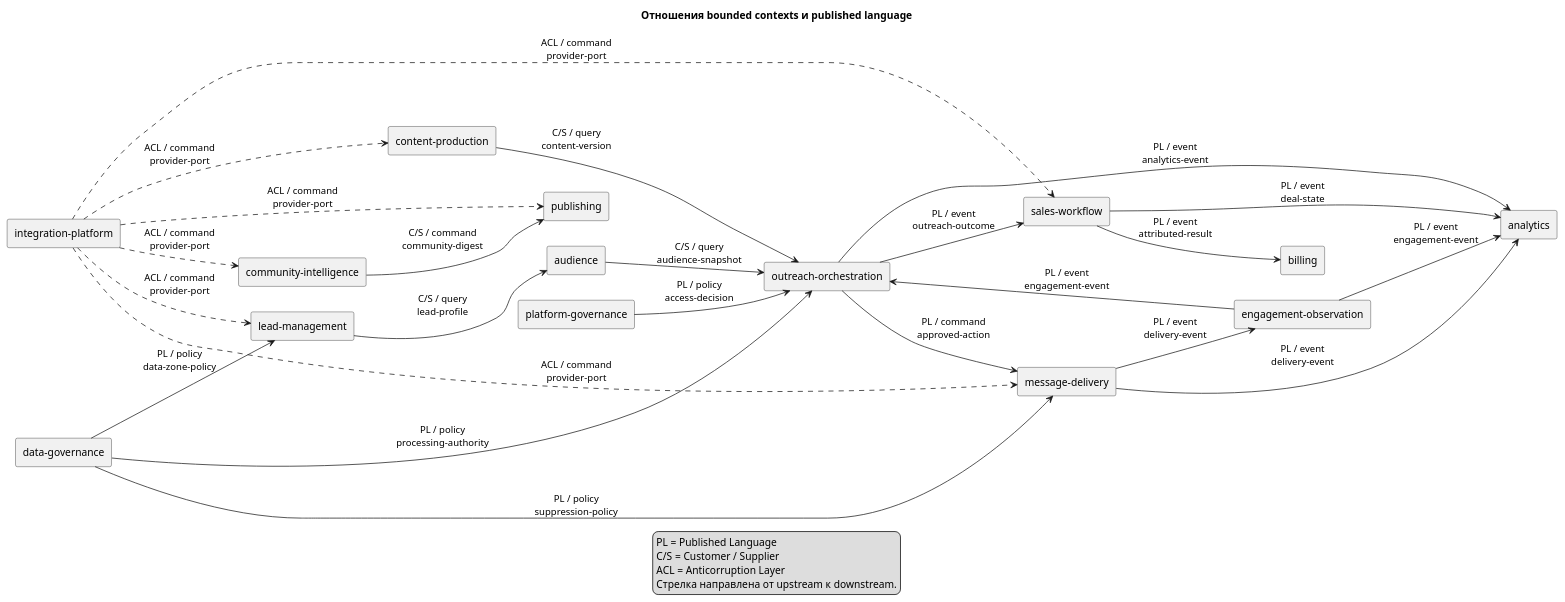
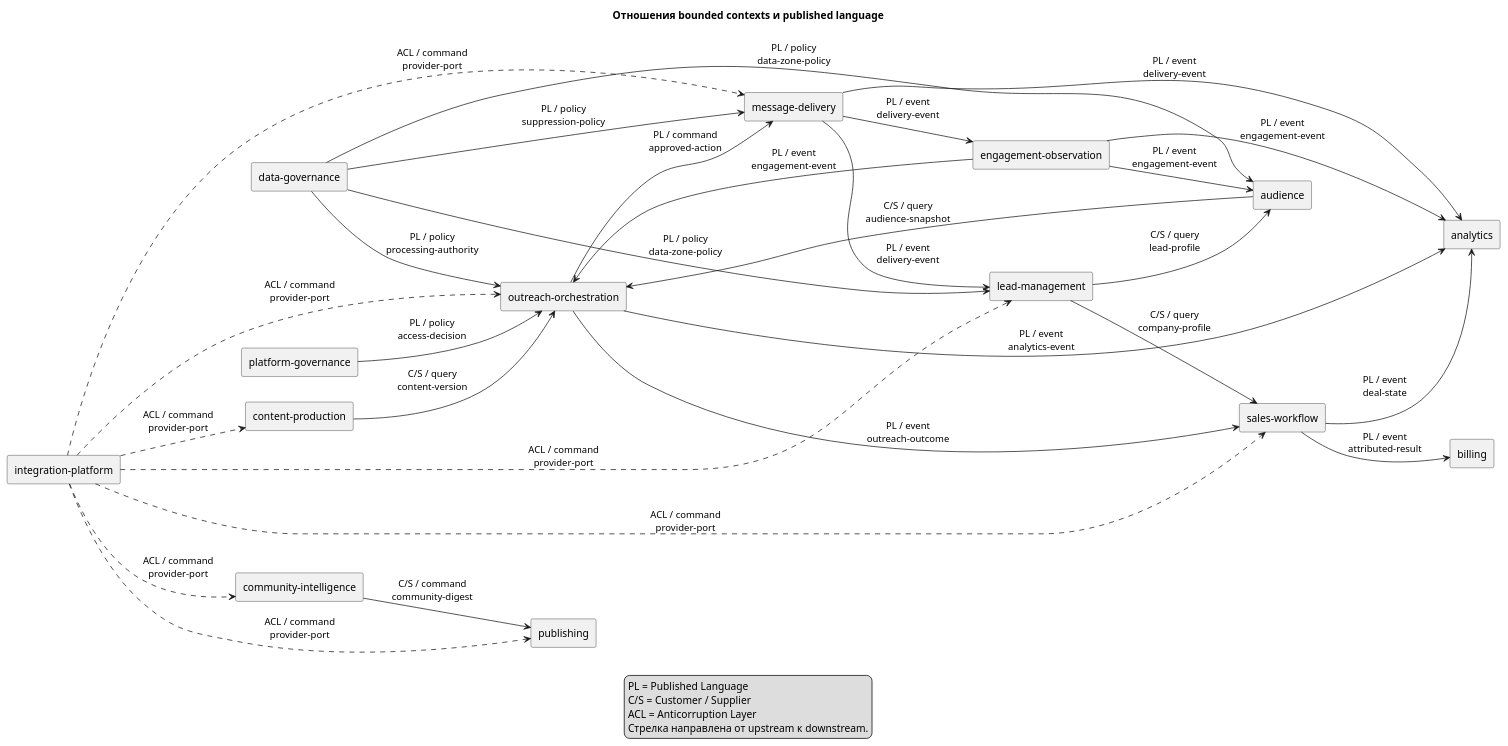
One commit to kegazani/lead-gen changed the diagram in architecture/diagrams/context-relationships.puml. Above: the diagram before and after it, drawn with PlantUML. The commit also changed 49 other files, not shown here.

```diff
--- a/architecture/diagrams/context-relationships.puml
+++ b/architecture/diagrams/context-relationships.puml
@@ -1,68 +1,73 @@
 @startuml context-relationships
 title Отношения bounded contexts и published language
 left to right direction
 skinparam componentStyle rectangle
 skinparam shadowing false
 
 rectangle "platform-governance" as Platform
 rectangle "data-governance" as Governance
 rectangle "lead-management" as Leads
 rectangle "audience" as Audience
 rectangle "content-production" as Content
 rectangle "outreach-orchestration" as Outreach
 rectangle "message-delivery" as Delivery
 rectangle "engagement-observation" as Engagement
 rectangle "sales-workflow" as Sales
 rectangle "community-intelligence" as Community
 rectangle "publishing" as Publishing
 rectangle "analytics" as Analytics
 rectangle "billing" as Billing
 rectangle "integration-platform" as Integration
 
 Governance --> Leads : PL / policy\ndata-zone-policy
 Governance --> Outreach : PL / policy\nprocessing-authority
 Governance --> Delivery : PL / policy\nsuppression-policy
+Governance --> Audience : PL / policy\ndata-zone-policy
 Leads --> Audience : C/S / query\nlead-profile
+Leads --> Sales : C/S / query\ncompany-profile
 Audience --> Outreach : C/S / query\naudience-snapshot
 Content --> Outreach : C/S / query\ncontent-version
 Outreach --> Delivery : PL / command\napproved-action
 Delivery --> Engagement : PL / event\ndelivery-event
+Delivery --> Leads : PL / event\ndelivery-event
 Engagement --> Outreach : PL / event\nengagement-event
+Engagement --> Audience : PL / event\nengagement-event
 Outreach --> Sales : PL / event\noutreach-outcome
 Sales --> Billing : PL / event\nattributed-result
 Community --> Publishing : C/S / command\ncommunity-digest
 Outreach --> Analytics : PL / event\nanalytics-event
 Delivery --> Analytics : PL / event\ndelivery-event
 Engagement --> Analytics : PL / event\nengagement-event
 Sales --> Analytics : PL / event\ndeal-state
 Platform --> Outreach : PL / policy\naccess-decision
 
 Integration ..> Leads : ACL / command\nprovider-port
 Integration ..> Content : ACL / command\nprovider-port
 Integration ..> Delivery : ACL / command\nprovider-port
 Integration ..> Sales : ACL / command\nprovider-port
 Integration ..> Community : ACL / command\nprovider-port
 Integration ..> Publishing : ACL / command\nprovider-port
+Integration ..> Outreach : ACL / command\nprovider-port
 
 legend bottom
   PL = Published Language
   C/S = Customer / Supplier
   ACL = Anticorruption Layer
   Стрелка направлена от upstream к downstream.
 endlegend
 
 ' CTX:platform-governance
 ' CTX:data-governance
 ' CTX:lead-management
 ' CTX:audience
 ' CTX:content-production
 ' CTX:outreach-orchestration
 ' CTX:message-delivery
 ' CTX:engagement-observation
 ' CTX:sales-workflow
 ' CTX:community-intelligence
 ' CTX:publishing
 ' CTX:analytics
 ' CTX:billing
 ' CTX:integration-platform
 @enduml
```
